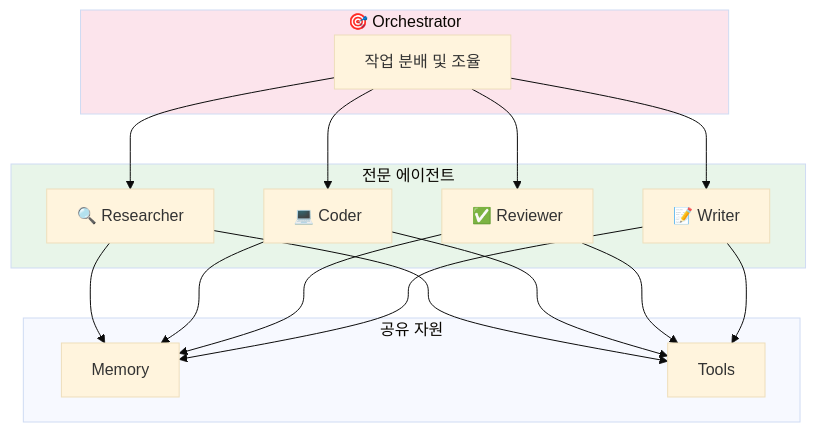
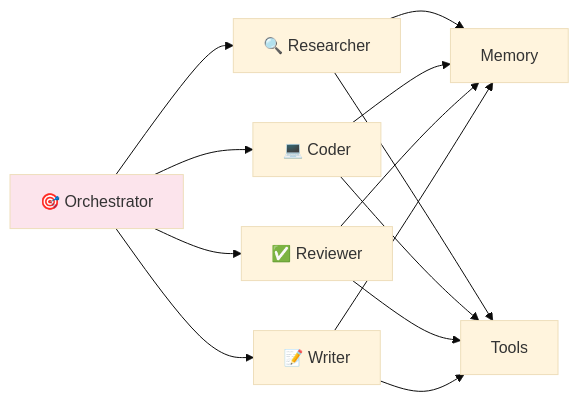
One commit to Gyeom/dev-notes changed the seventh of 9 diagrams in content/posts/2025-10-01-ai-agent-architecture-fundamentals.md. Above: the diagram before and after it, drawn with Mermaid (base theme). The commit also changed other lines of this file and 7 other files, not shown here.

First line of the commit message:
Fix: 전체 포스트 Mermaid 다이어그램 가로 배치 적용

````diff
--- a/content/posts/2025-10-01-ai-agent-architecture-fundamentals.md
+++ b/content/posts/2025-10-01-ai-agent-architecture-fundamentals.md
@@ -239,24 +226,12 @@
 ```mermaid
-flowchart TB
-    subgraph Orchestrator["🎯 Orchestrator"]
-        O["작업 분배 및 조율"]
-    end
+flowchart LR
+    O["🎯 Orchestrator"] --> S1["🔍 Researcher"]
+    O --> S2["💻 Coder"]
+    O --> S3["✅ Reviewer"]
+    O --> S4["📝 Writer"]
 
-    subgraph Specialists["전문 에이전트"]
-        S1["🔍 Researcher"]
-        S2["💻 Coder"]
-        S3["✅ Reviewer"]
-        S4["📝 Writer"]
-    end
+    S1 & S2 & S3 & S4 --> M["Memory"]
+    S1 & S2 & S3 & S4 --> T["Tools"]
 
-    subgraph Shared["공유 자원"]
-        M["Memory"]
-        T["Tools"]
-    end
-
-    O --> S1 & S2 & S3 & S4
-    S1 & S2 & S3 & S4 --> M & T
-
-    style Orchestrator fill:#FCE4EC
-    style Specialists fill:#E8F5E9
+    style O fill:#FCE4EC
 ```
````
